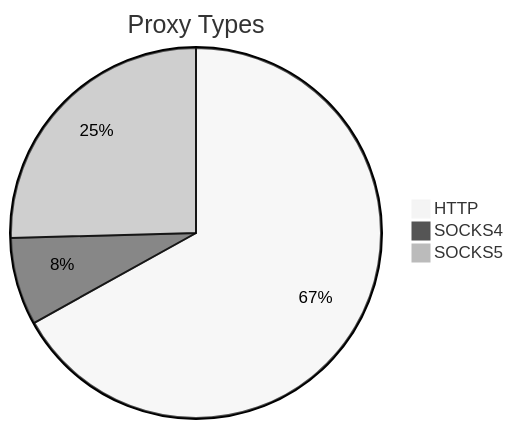
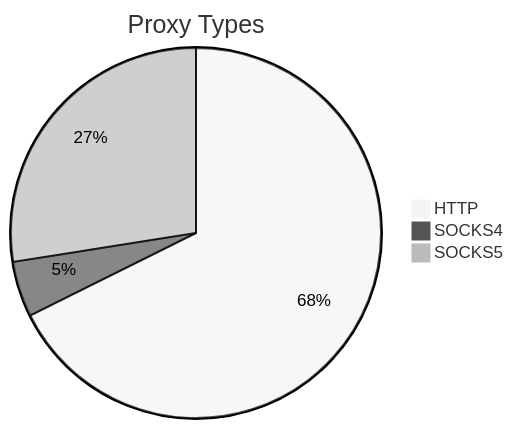
The first of 2 diagrams in README.md (stormsia/proxy-list), drawn with Mermaid (neutral theme) before and after one commit. The commit also changed other lines of this file, not shown here.

````diff
--- a/README.md
+++ b/README.md
@@ -21,6 +21,6 @@
 ```mermaid
 pie title Proxy Types
-    "HTTP" : 587
-    "SOCKS4" : 67
-    "SOCKS5" : 223
+    "HTTP" : 502
+    "SOCKS4" : 36
+    "SOCKS5" : 204
 ```
````
